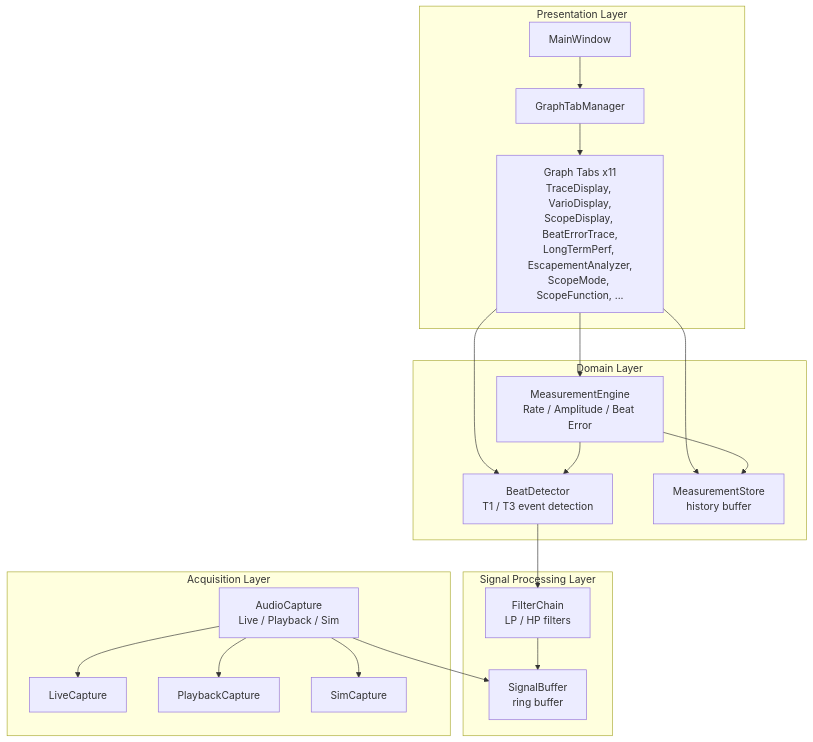
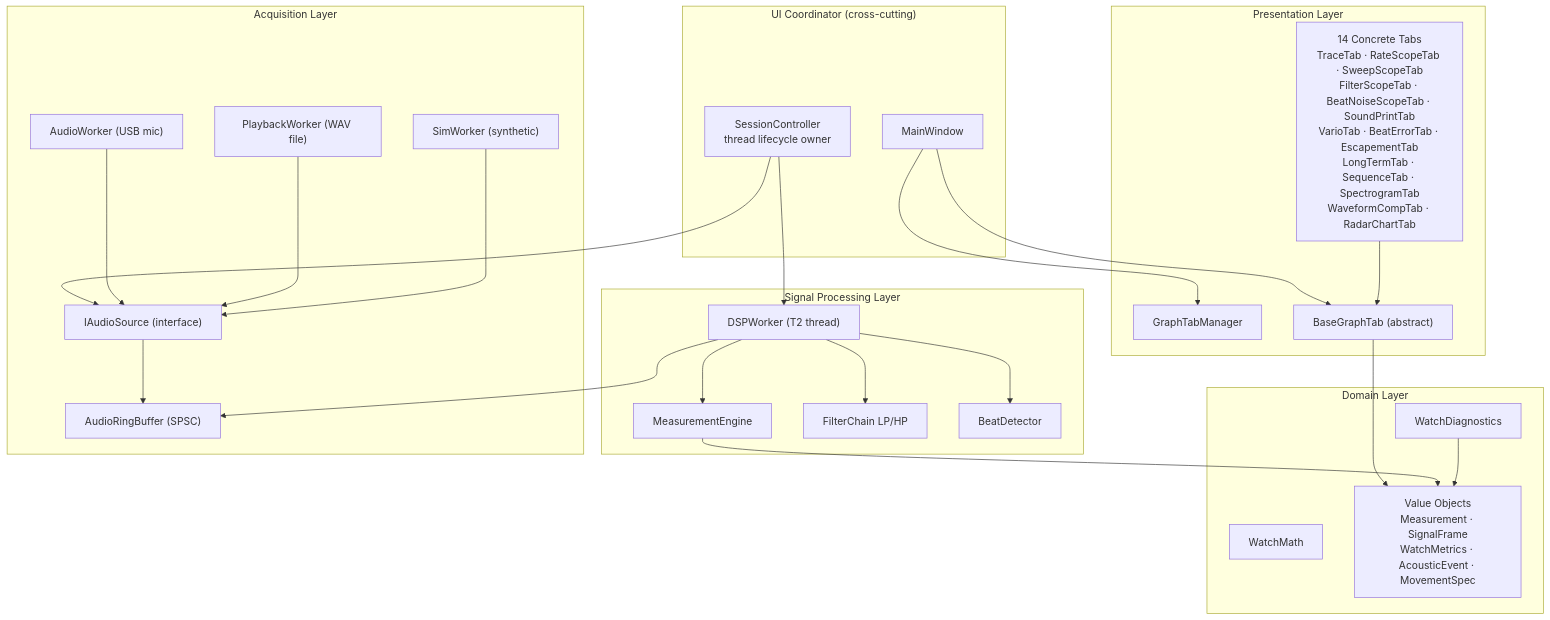
Before and after one commit to Ji-Min-Lee/2026-3-sw-architect-studio-project: the diagram in docs/milestone3/architecture/module-view.md, drawn with Mermaid. The commit also changed other lines of this file and 6 other files, not shown here.

First line of the commit message:
docs(m3): enrich milestone3 with experiment results, ATAM evaluation, graph-tab view, and ADR-006

````diff
--- a/docs/milestone3/architecture/module-view.md
+++ b/docs/milestone3/architecture/module-view.md
@@ -5,42 +5,55 @@
 ```mermaid
 graph TD
+    subgraph UICoord["UI Coordinator (cross-cutting)"]
+        MainWindow["MainWindow"]
+        SessionCtrl["SessionController\nthread lifecycle owner"]
+    end
+
     subgraph Presentation["Presentation Layer"]
-        MainWindow["MainWindow"]
-        GraphTabManager["GraphTabManager"]
-        GraphTabs["Graph Tabs x11\nTraceDisplay, VarioDisplay,\nScopeDisplay, BeatErrorTrace,\nLongTermPerf, EscapementAnalyzer,\nScopeMode, ScopeFunction, ..."]
+        GTM["GraphTabManager"]
+        BGT["BaseGraphTab (abstract)"]
+        Tabs["14 Concrete Tabs\nTraceTab · RateScopeTab · SweepScopeTab\nFilterScopeTab · BeatNoiseScopeTab · SoundPrintTab\nVarioTab · BeatErrorTab · EscapementTab\nLongTermTab · SequenceTab · SpectrogramTab\nWaveformCompTab · RadarChartTab"]
     end
 
     subgraph Domain["Domain Layer"]
-        MeasurementEngine["MeasurementEngine\nRate / Amplitude / Beat Error"]
-        BeatDetector["BeatDetector\nT1 / T3 event detection"]
-        DataStore["MeasurementStore\nhistory buffer"]
+        WatchMath["WatchMath"]
+        WatchDiag["WatchDiagnostics"]
+        VOs["Value Objects\nMeasurement · SignalFrame\nWatchMetrics · AcousticEvent · MovementSpec"]
     end
 
-    subgraph Processing["Signal Processing Layer"]
-        FilterChain["FilterChain\nLP / HP filters"]
-        SignalBuffer["SignalBuffer\nring buffer"]
+    subgraph SigProc["Signal Processing Layer"]
+        DSPWorker["DSPWorker (T2 thread)"]
+        MeasEngine["MeasurementEngine"]
+        FilterChain["FilterChain LP/HP"]
+        BeatDetector["BeatDetector"]
     end
 
     subgraph Acquisition["Acquisition Layer"]
-        AudioCapture["AudioCapture\nLive / Playback / Sim"]
-        LiveCapture["LiveCapture"]
-        PlaybackCapture["PlaybackCapture"]
-        SimCapture["SimCapture"]
+        IAudioSource["IAudioSource (interface)"]
+        AudioWorker["AudioWorker (USB mic)"]
+        PlaybackWorker["PlaybackWorker (WAV file)"]
+        SimWorker["SimWorker (synthetic)"]
+        AudioRingBuffer["AudioRingBuffer (SPSC)"]
     end
 
-    MainWindow --> GraphTabManager
-    GraphTabManager --> GraphTabs
-    GraphTabs --> MeasurementEngine
-    GraphTabs --> BeatDetector
-    GraphTabs --> DataStore
+    MainWindow --> GTM
+    MainWindow --> BGT
+    SessionCtrl --> DSPWorker
+    SessionCtrl --> IAudioSource
 
-    MeasurementEngine --> BeatDetector
-    MeasurementEngine --> DataStore
-    BeatDetector --> FilterChain
-    FilterChain --> SignalBuffer
+    BGT --> VOs
+    Tabs --> BGT
 
-    AudioCapture --> SignalBuffer
-    AudioCapture --> LiveCapture
-    AudioCapture --> PlaybackCapture
-    AudioCapture --> SimCapture
+    DSPWorker --> FilterChain
+    DSPWorker --> BeatDetector
+    DSPWorker --> MeasEngine
+    DSPWorker --> AudioRingBuffer
+
+    MeasEngine --> VOs
+    WatchDiag --> VOs
+
+    IAudioSource --> AudioRingBuffer
+    AudioWorker --> IAudioSource
+    PlaybackWorker --> IAudioSource
+    SimWorker --> IAudioSource
 ```
````
